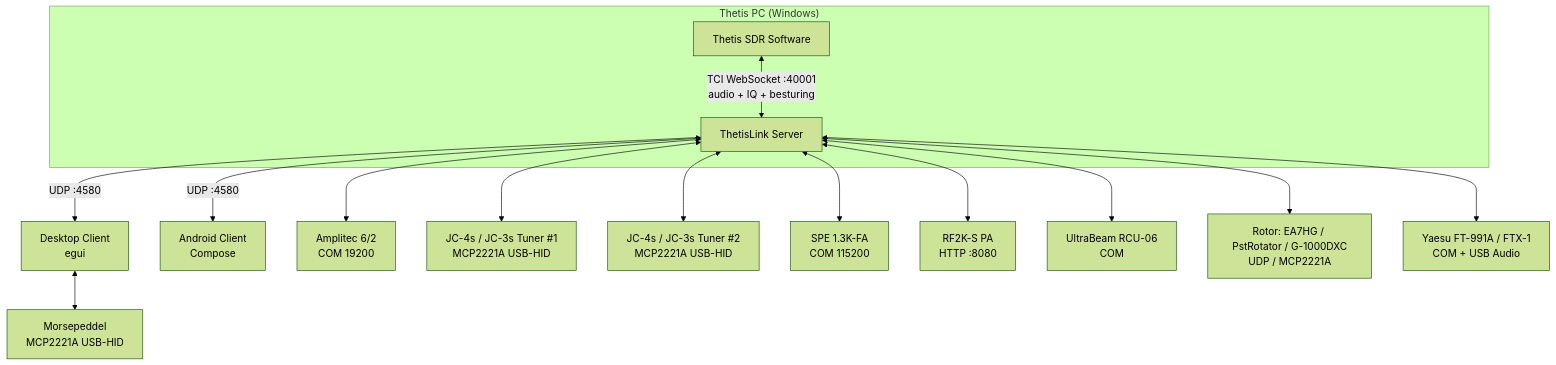
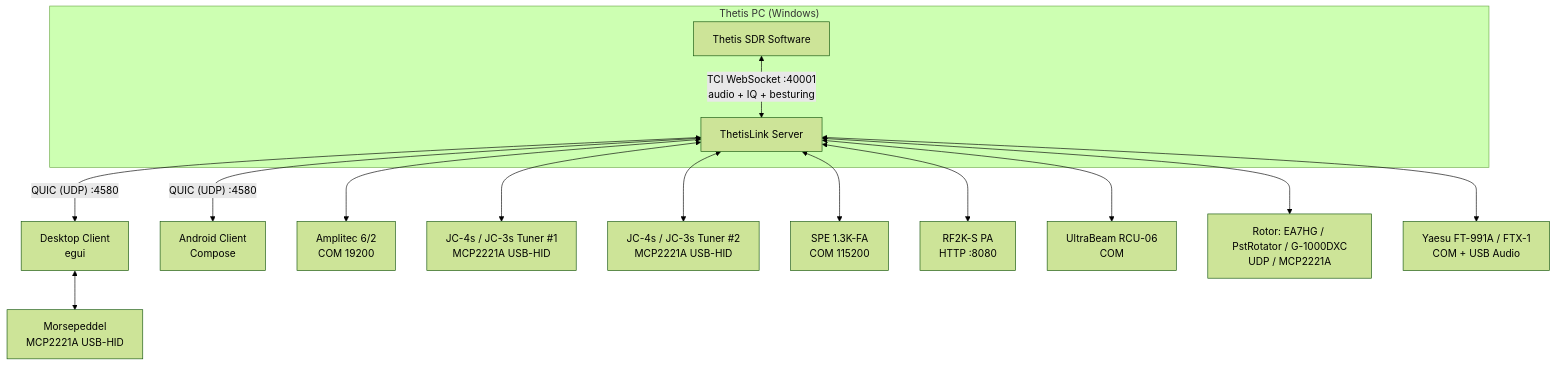
The first of 2 diagrams in User-Manual.md (cjenschede/ThetisLink), drawn with Mermaid (forest theme) before and after one commit. The commit also changed other lines of this file and 185 other files, not shown here.

````diff
--- a/User-Manual.md
+++ b/User-Manual.md
@@ -80,19 +80,19 @@
 ```mermaid
 flowchart TB
     subgraph "Thetis PC (Windows)"
         Thetis[Thetis SDR Software]
         Server[ThetisLink Server]
         Thetis <-->|"TCI WebSocket :40001<br>audio + IQ + besturing"| Server
     end
-    Server <-->|"UDP :4580"| Desktop[Desktop Client<br>egui]
-    Server <-->|"UDP :4580"| Android[Android Client<br>Compose]
+    Server <-->|"QUIC (UDP) :4580"| Desktop[Desktop Client<br>egui]
+    Server <-->|"QUIC (UDP) :4580"| Android[Android Client<br>Compose]
     Server <--> Amplitec[Amplitec 6/2<br>COM 19200]
     Server <--> Tuner1[JC-4s / JC-3s Tuner #1<br>MCP2221A USB-HID]
     Server <--> Tuner2[JC-4s / JC-3s Tuner #2<br>MCP2221A USB-HID]
     Server <--> SPE[SPE 1.3K-FA<br>COM 115200]
     Server <--> RF2K[RF2K-S PA<br>HTTP :8080]
     Server <--> UB[UltraBeam RCU-06<br>COM]
     Server <--> Rotor[Rotor: EA7HG / PstRotator / G-1000DXC<br>UDP / MCP2221A]
     Server <--> Yaesu[Yaesu FT-991A / FTX-1<br>COM + USB Audio]
     Desktop <--> Paddle[Morsepeddel<br>MCP2221A USB-HID]
 ```
````
